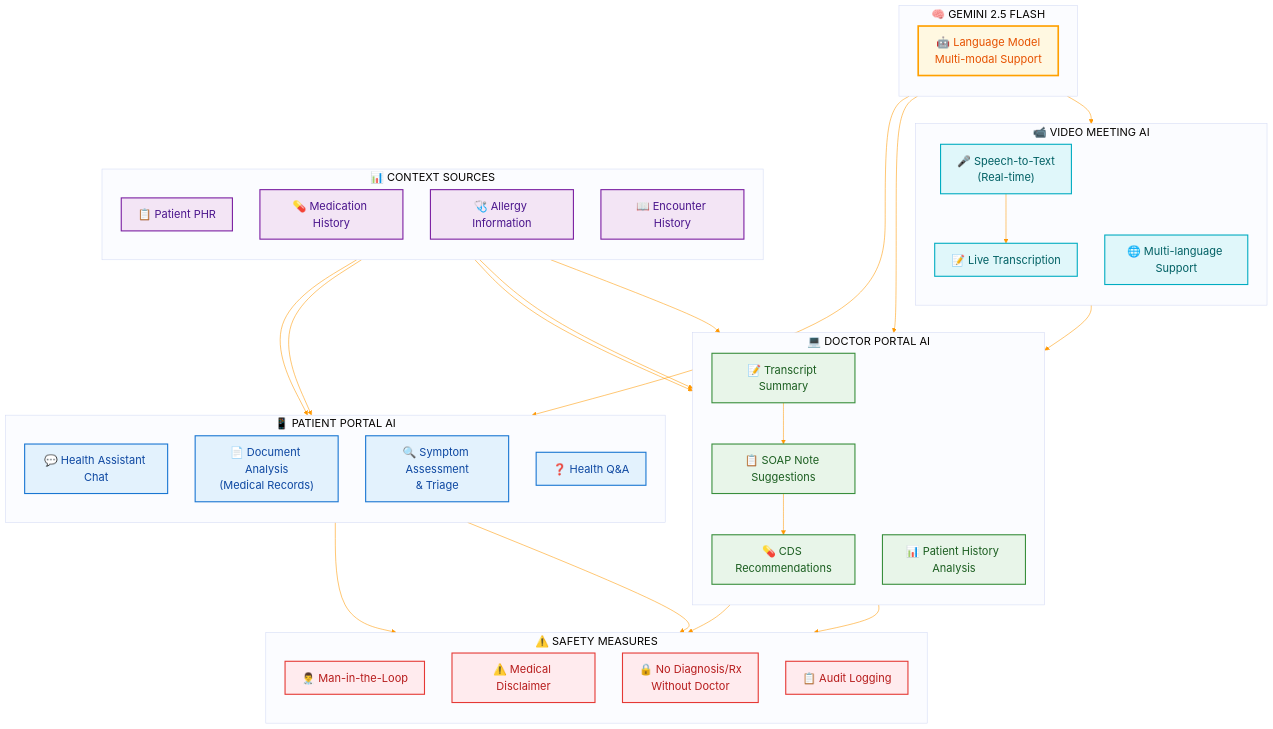
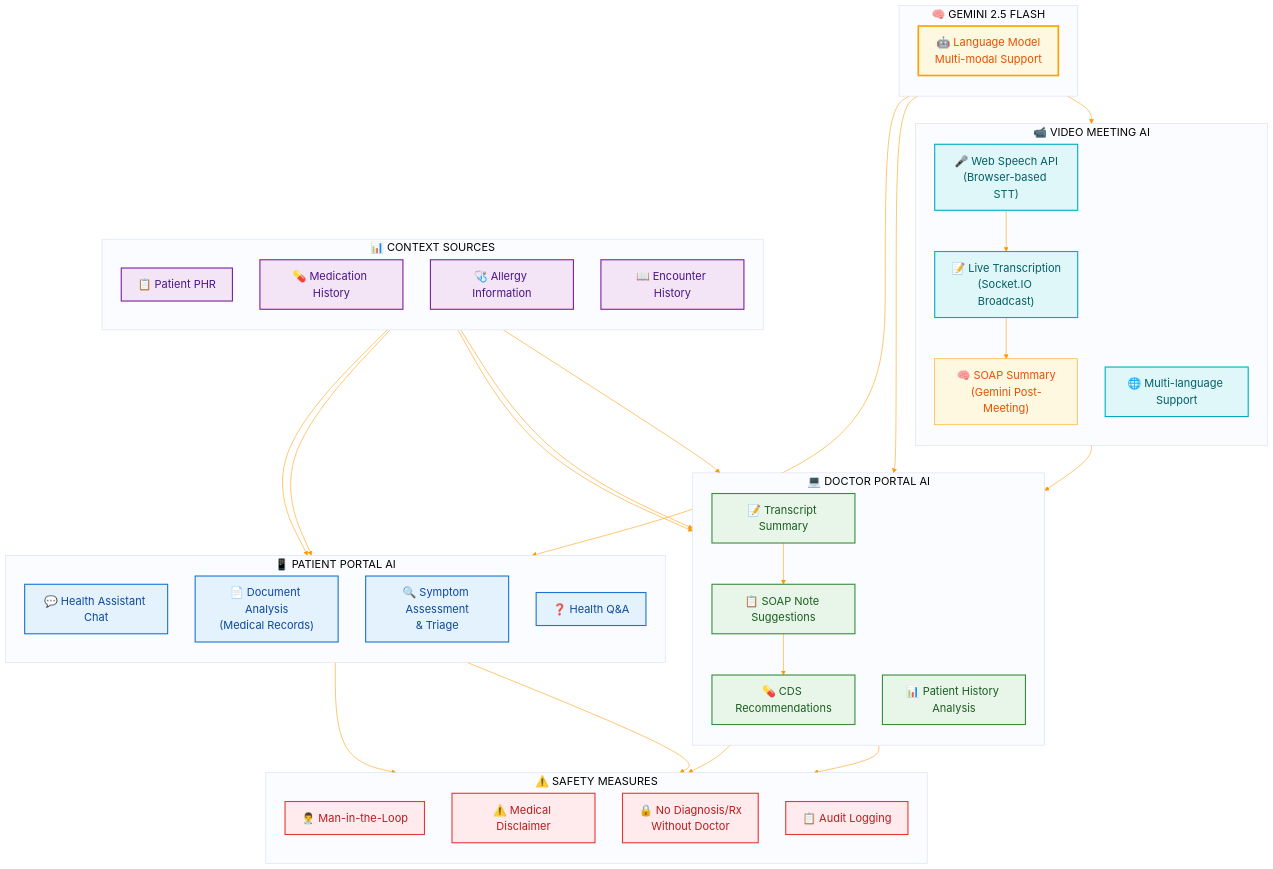
Before and after one commit to chiraleo2000/Isara-Anywhere: the diagram in Presentations/diagrams/07-ai-integration.mmd, drawn with Mermaid. The commit also changed 294 other files, not shown here.

```diff
--- a/Presentations/diagrams/07-ai-integration.mmd
+++ b/Presentations/diagrams/07-ai-integration.mmd
@@ -1,92 +1,94 @@
 %%{init: {
   'theme': 'base',
   'themeVariables': {
     'primaryColor': '#FFF8E1',
     'primaryTextColor': '#E65100',
     'primaryBorderColor': '#FFA000',
     'lineColor': '#FF9800',
     'fontSize': '20px',
     'fontFamily': 'Segoe UI, Arial'
   }
 }}%%
 
 flowchart TB
     subgraph GEMINI["🧠 GEMINI 2.5 FLASH"]
         direction TB
         G1["🤖 Language Model<br/>Multi-modal Support"]
     end
 
     subgraph PATIENT_AI["📱 PATIENT PORTAL AI"]
         direction TB
         P1["💬 Health Assistant Chat"]
         P2["📄 Document Analysis<br/>(Medical Records)"]
         P3["🔍 Symptom Assessment<br/>& Triage"]
         P4["❓ Health Q&A"]
     end
 
     subgraph DOCTOR_AI["💻 DOCTOR PORTAL AI"]
         direction TB
         D1["📝 Transcript Summary"]
         D2["📋 SOAP Note Suggestions"]
         D3["💊 CDS Recommendations"]
         D4["📊 Patient History Analysis"]
     end
 
     subgraph MEETING_AI["📹 VIDEO MEETING AI"]
         direction TB
-        M1["🎤 Speech-to-Text<br/>(Real-time)"]
-        M2["📝 Live Transcription"]
+        M1["🎤 Web Speech API<br/>(Browser-based STT)"]
+        M2["📝 Live Transcription<br/>(Socket.IO Broadcast)"]
         M3["🌐 Multi-language Support"]
+        M4["🧠 SOAP Summary<br/>(Gemini Post-Meeting)"]
     end
 
     subgraph SAFETY["⚠️ SAFETY MEASURES"]
         direction TB
         S1["👨‍⚕️ Man-in-the-Loop"]
         S2["⚠️ Medical Disclaimer"]
         S3["🔒 No Diagnosis/Rx<br/>Without Doctor"]
         S4["📋 Audit Logging"]
     end
 
     subgraph DATA_CONTEXT["📊 CONTEXT SOURCES"]
         direction TB
         C1["📋 Patient PHR"]
         C2["💊 Medication History"]
         C3["🩺 Allergy Information"]
         C4["📖 Encounter History"]
     end
 
     %% Connections
     GEMINI --> PATIENT_AI
     GEMINI --> DOCTOR_AI
     GEMINI --> MEETING_AI
 
     DATA_CONTEXT --> P1
     DATA_CONTEXT --> P3
     DATA_CONTEXT --> D1
     DATA_CONTEXT --> D2
     DATA_CONTEXT --> D3
 
     M1 --> M2
     M2 --> D1
+    M2 --> M4
 
     D1 --> D2 --> D3
     D3 --> S1
 
     P3 --> S2
     P4 --> S3
 
     DOCTOR_AI --> S4
 
     classDef geminiStyle fill:#FFF8E1,stroke:#FFA000,stroke-width:3px,color:#E65100
     classDef patientStyle fill:#E3F2FD,stroke:#1976D2,stroke-width:2px,color:#0D47A1
     classDef doctorStyle fill:#E8F5E9,stroke:#388E3C,stroke-width:2px,color:#1B5E20
     classDef meetingStyle fill:#E0F7FA,stroke:#00ACC1,stroke-width:2px,color:#006064
     classDef safetyStyle fill:#FFEBEE,stroke:#E53935,stroke-width:2px,color:#B71C1C
     classDef contextStyle fill:#F3E5F5,stroke:#7B1FA2,stroke-width:2px,color:#4A148C
 
     class G1 geminiStyle
     class P1,P2,P3,P4 patientStyle
     class D1,D2,D3,D4 doctorStyle
     class M1,M2,M3 meetingStyle
     class S1,S2,S3,S4 safetyStyle
     class C1,C2,C3,C4 contextStyle
```
